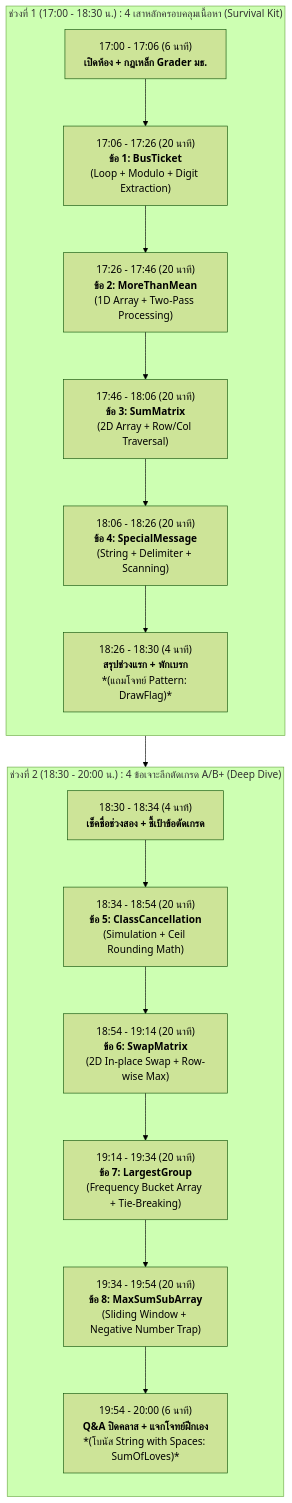
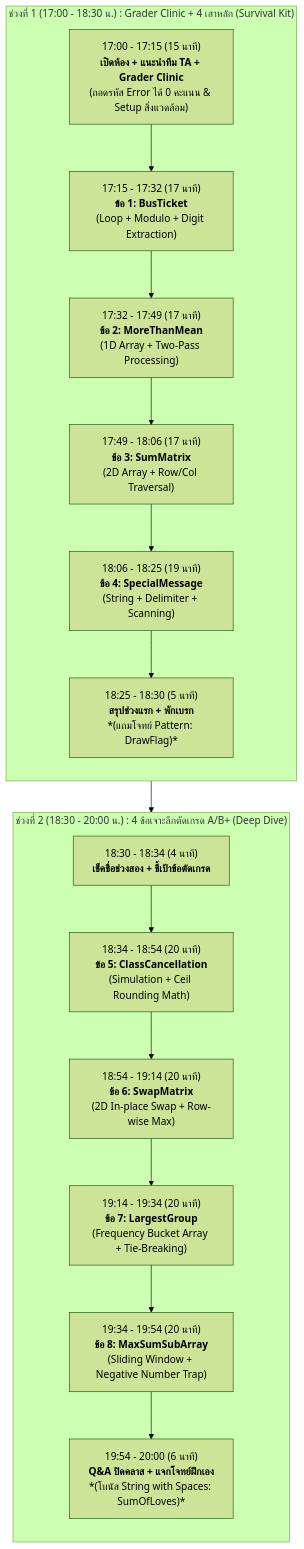
One commit to sirkrid10/CS102_Tutor changed the diagram in LESSON_PLAN.md. Above: the diagram before and after it, drawn with Mermaid (forest theme). The commit also changed other lines of this file and 8 other files, not shown here.

Commit message:
Update lesson plan with Grader clinic & TA guidelines, simplify scanf in solutions

````diff
--- a/LESSON_PLAN.md
+++ b/LESSON_PLAN.md
@@ -26,22 +24,22 @@
 ```mermaid
 flowchart TD
-    subgraph S1["ช่วงที่ 1 (17:00 - 18:30 น.) : 4 เสาหลักครอบคลุมเนื้อหา (Survival Kit)"]
+    subgraph S1["ช่วงที่ 1 (17:00 - 18:30 น.) : Grader Clinic + 4 เสาหลัก (Survival Kit)"]
         direction TB
-        A0["17:00 - 17:06 (6 นาที)<br><b>เปิดห้อง + กฎเหล็ก Grader มธ.</b>"] --> A1
-        A1["17:06 - 17:26 (20 นาที)<br><b>ข้อ 1: BusTicket</b><br>(Loop + Modulo + Digit Extraction)"] --> A2["17:26 - 17:46 (20 นาที)<br><b>ข้อ 2: MoreThanMean</b><br>(1D Array + Two-Pass Processing)"]
-        A2 --> A3["17:46 - 18:06 (20 นาที)<br><b>ข้อ 3: SumMatrix</b><br>(2D Array + Row/Col Traversal)"]
-        A3 --> A4["18:06 - 18:26 (20 นาที)<br><b>ข้อ 4: SpecialMessage</b><br>(String + Delimiter + Scanning)"]
-        A4 --> A5["18:26 - 18:30 (4 นาที)<br><b>สรุปช่วงแรก + พักเบรก</b><br>*(แถมโจทย์ Pattern: DrawFlag)*"]
+        A0["17:00 - 17:15 (15 นาที)<br><b>เปิดห้อง + แนะนำทีม TA + Grader Clinic</b><br>(ถอดรหัส Error ได้ 0 คะแนน & Setup สิ่งแวดล้อม)"] --> A1
+        A1["17:15 - 17:32 (17 นาที)<br><b>ข้อ 1: BusTicket</b><br>(Loop + Modulo + Digit Extraction)"] --> A2["17:32 - 17:49 (17 นาที)<br><b>ข้อ 2: MoreThanMean</b><br>(1D Array + Two-Pass Processing)"]
+        A2 --> A3["17:49 - 18:06 (17 นาที)<br><b>ข้อ 3: SumMatrix</b><br>(2D Array + Row/Col Traversal)"]
+        A3 --> A4["18:06 - 18:25 (19 นาที)<br><b>ข้อ 4: SpecialMessage</b><br>(String + Delimiter + Scanning)"]
+        A4 --> A5["18:25 - 18:30 (5 นาที)<br><b>สรุปช่วงแรก + พักเบรก</b><br>*(แถมโจทย์ Pattern: DrawFlag)*"]
     end
 
     subgraph S2["ช่วงที่ 2 (18:30 - 20:00 น.) : 4 ข้อเจาะลึกตัดเกรด A/B+ (Deep Dive)"]
         direction TB
         B0["18:30 - 18:34 (4 นาที)<br><b>เช็คชื่อช่วงสอง + ชี้เป้าข้อตัดเกรด</b>"] --> B1
         B1["18:34 - 18:54 (20 นาที)<br><b>ข้อ 5: ClassCancellation</b><br>(Simulation + Ceil Rounding Math)"] --> B2["18:54 - 19:14 (20 นาที)<br><b>ข้อ 6: SwapMatrix</b><br>(2D In-place Swap + Row-wise Max)"]
         B2 --> B3["19:14 - 19:34 (20 นาที)<br><b>ข้อ 7: LargestGroup</b><br>(Frequency Bucket Array + Tie-Breaking)"]
         B3 --> B4["19:34 - 19:54 (20 นาที)<br><b>ข้อ 8: MaxSumSubArray</b><br>(Sliding Window + Negative Number Trap)"]
         B4 --> B5["19:54 - 20:00 (6 นาที)<br><b>Q&A ปิดคลาส + แจกโจทย์ฝึกเอง</b><br>*(โบนัส String with Spaces: SumOfLoves)*"]
     end
 
     S1 --> S2
 ```
````
